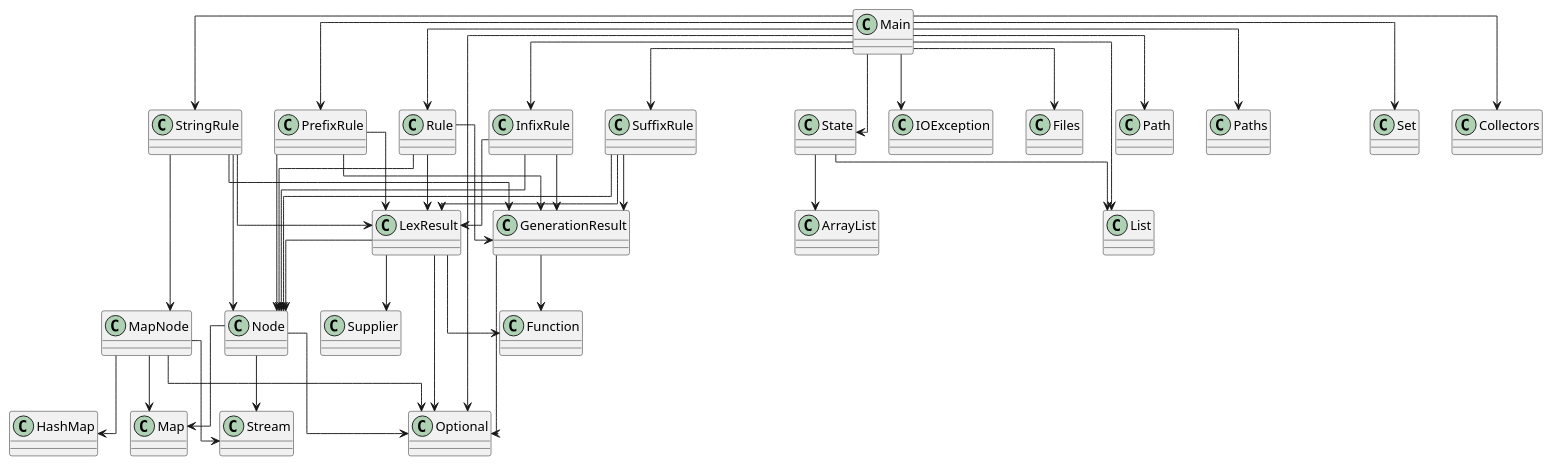
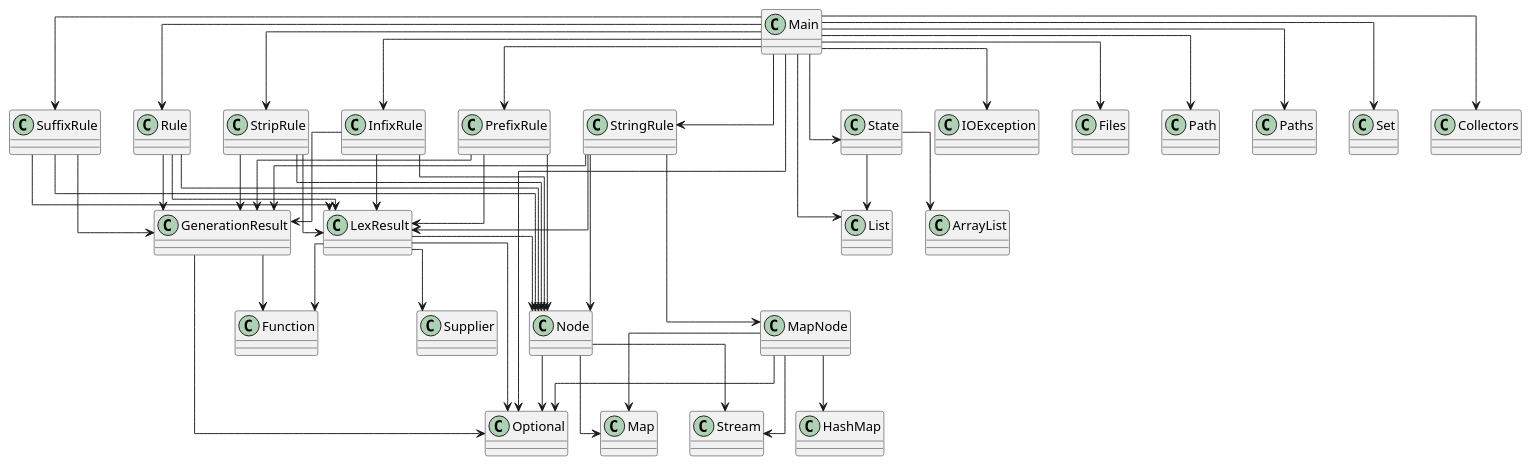
One commit to SirMathhman/Magma changed the diagram in diagram.puml. Above: the diagram before and after it, drawn with PlantUML. The commit also changed 2 other files, not shown here.

Commit message:
StripRule

```diff
--- a/diagram.puml
+++ b/diagram.puml
@@ -1,59 +1,64 @@
 @startuml
 skinparam linetype ortho
 class SuffixRule
 SuffixRule --> Node
 SuffixRule --> GenerationResult
 SuffixRule --> LexResult
 class Node
 Node --> Map
 Node --> Optional
 Node --> Stream
 class GenerationResult
 GenerationResult --> Optional
 GenerationResult --> Function
 class Rule
 Rule --> Node
 Rule --> GenerationResult
 Rule --> LexResult
+class StripRule
+StripRule --> Node
+StripRule --> GenerationResult
+StripRule --> LexResult
 class LexResult
 LexResult --> Node
 LexResult --> Optional
 LexResult --> Function
 LexResult --> Supplier
 class InfixRule
 InfixRule --> Node
 InfixRule --> GenerationResult
 InfixRule --> LexResult
 class Main
 Main --> State
 Main --> InfixRule
 Main --> PrefixRule
 Main --> Rule
 Main --> StringRule
+Main --> StripRule
 Main --> SuffixRule
 Main --> IOException
 Main --> Files
 Main --> Path
 Main --> Paths
 Main --> List
 Main --> Optional
 Main --> Set
 Main --> Collectors
 class MapNode
 MapNode --> HashMap
 MapNode --> Map
 MapNode --> Optional
 MapNode --> Stream
 class PrefixRule
 PrefixRule --> Node
 PrefixRule --> GenerationResult
 PrefixRule --> LexResult
 class StringRule
 StringRule --> MapNode
 StringRule --> Node
 StringRule --> GenerationResult
 StringRule --> LexResult
 class State
 State --> ArrayList
 State --> List
 @enduml
```
